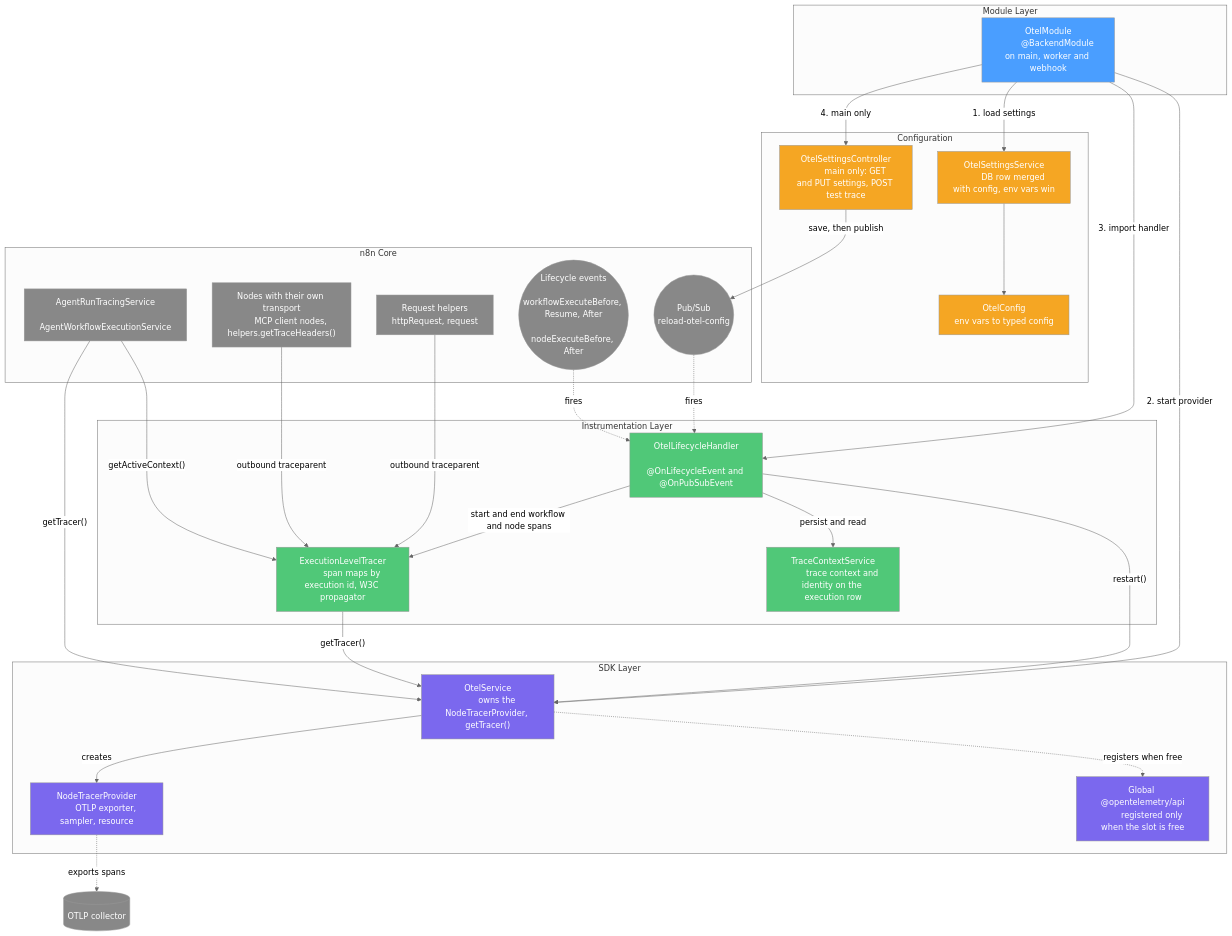
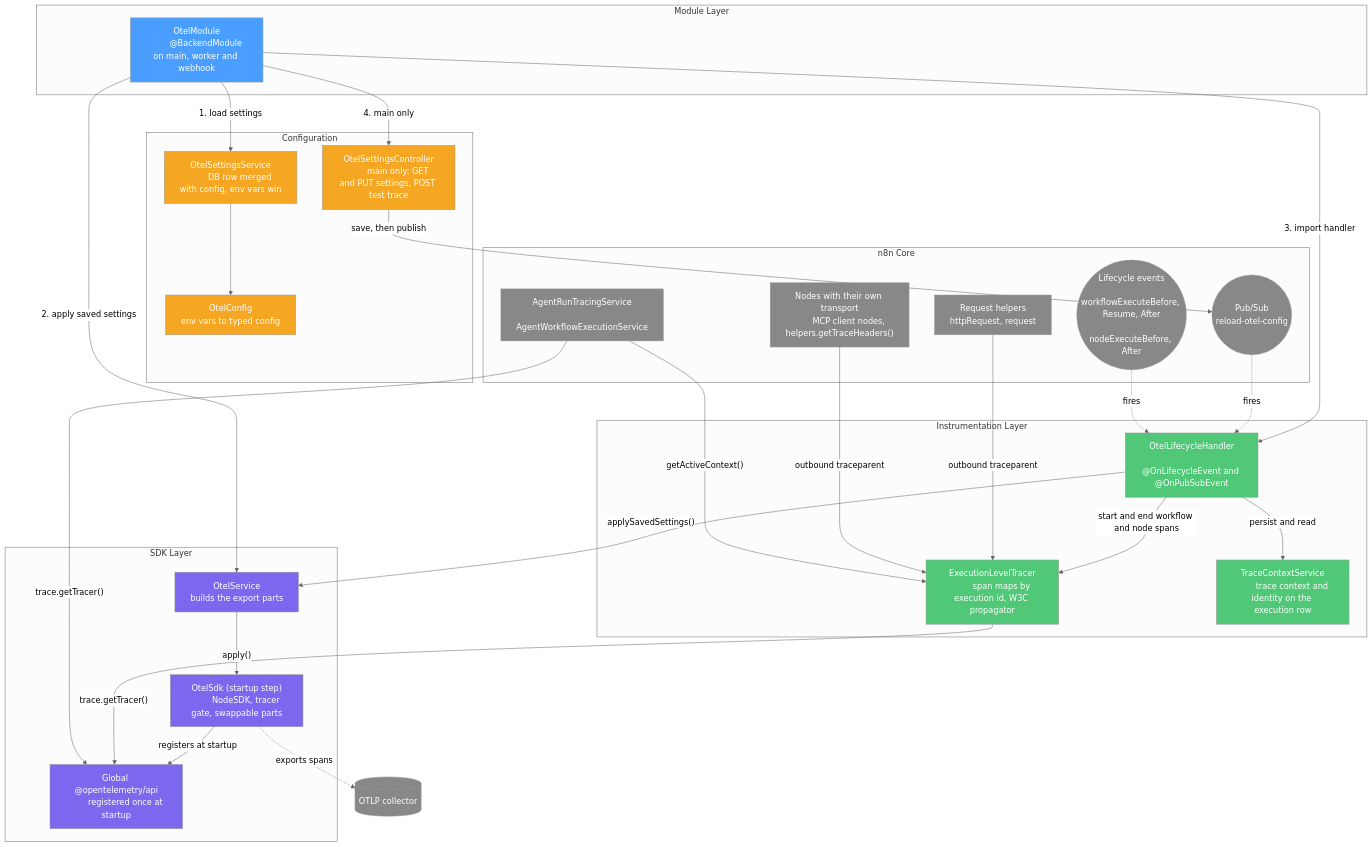
One commit to Bluejanis/n8n changed the diagram in packages/cli/src/modules/otel/README.md. Above: the diagram before and after it, drawn with Mermaid (neutral theme). The commit also changed other lines of this file and 42 other files, not shown here.

```diff
--- a/packages/cli/src/modules/otel/README.md
+++ b/packages/cli/src/modules/otel/README.md
@@ -146,11 +180,11 @@
 
     subgraph SDK Layer
         SVC["OtelService
-        owns the NodeTracerProvider, getTracer()"]
-        SDK["NodeTracerProvider
-        OTLP exporter, sampler, resource"]
+        builds the export parts"]
+        SDK["OtelSdk (startup step)
+        NodeSDK, tracer gate, swappable parts"]
         API["Global @opentelemetry/api
-        registered only when the slot is free"]
+        registered once at startup"]
     end
 
     subgraph Instrumentation Layer
@@ -180,23 +214,23 @@
 
     MOD -- "1. load settings" --> SET
     SET --> CFG
-    MOD -- "2. start provider" --> SVC
-    SVC -- "creates" --> SDK
-    SVC -. "registers when free" .-> API
+    MOD -- "2. apply saved settings" --> SVC
+    SVC -- "apply()" --> SDK
+    SDK -- "registers at startup" --> API
     MOD -- "3. import handler" --> LCH
     MOD -- "4. main only" --> CTRL
     CTRL -- "save, then publish" --> PUB
     PUB -. "fires" .-> LCH
-    LCH -- "restart()" --> SVC
+    LCH -- "applySavedSettings()" --> SVC
 
     LC -. "fires" .-> LCH
     LCH -- "start and end workflow and node spans" --> ELT
     LCH -- "persist and read" --> TCS
-    ELT -- "getTracer()" --> SVC
+    ELT -- "trace.getTracer()" --> API
     REQ -- "outbound traceparent" --> ELT
     MCP -- "outbound traceparent" --> ELT
     AGT -- "getActiveContext()" --> ELT
-    AGT -- "getTracer()" --> SVC
+    AGT -- "trace.getTracer()" --> API
     SDK -. "exports spans" .-> COL
 
     classDef module fill:#4a9eff,color:#fff
```
